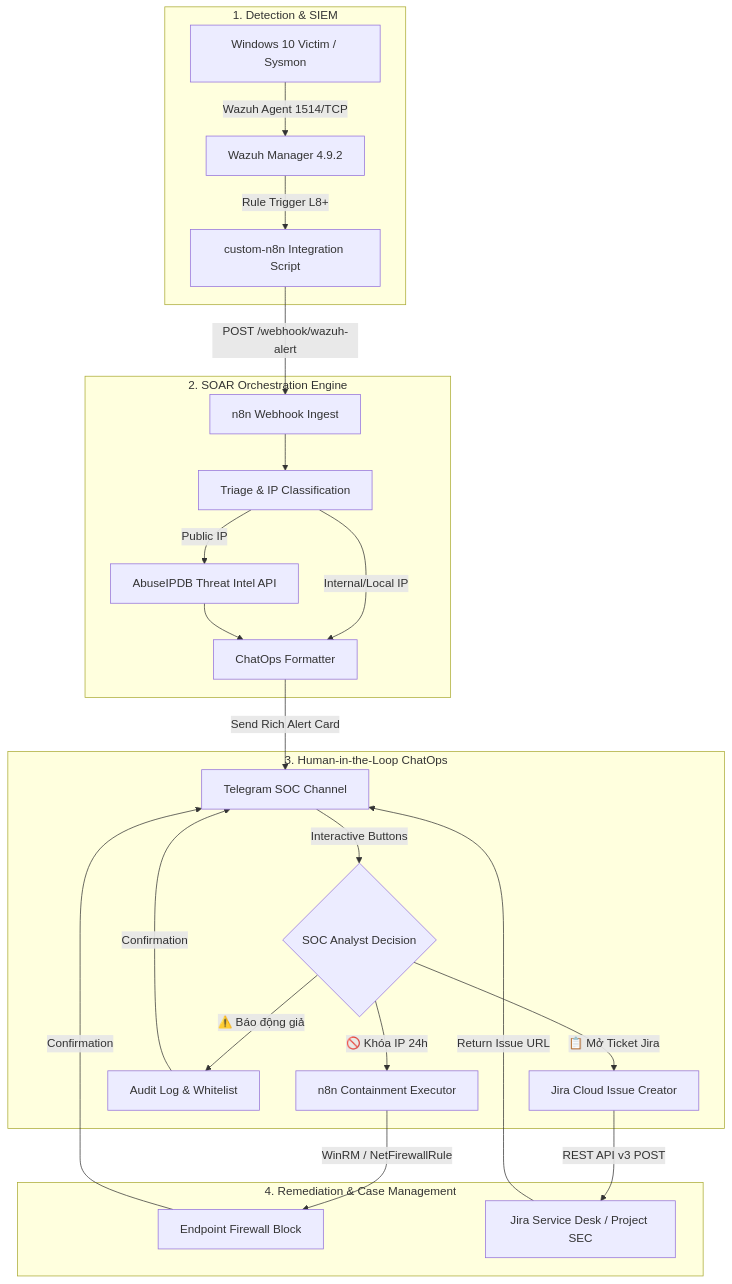
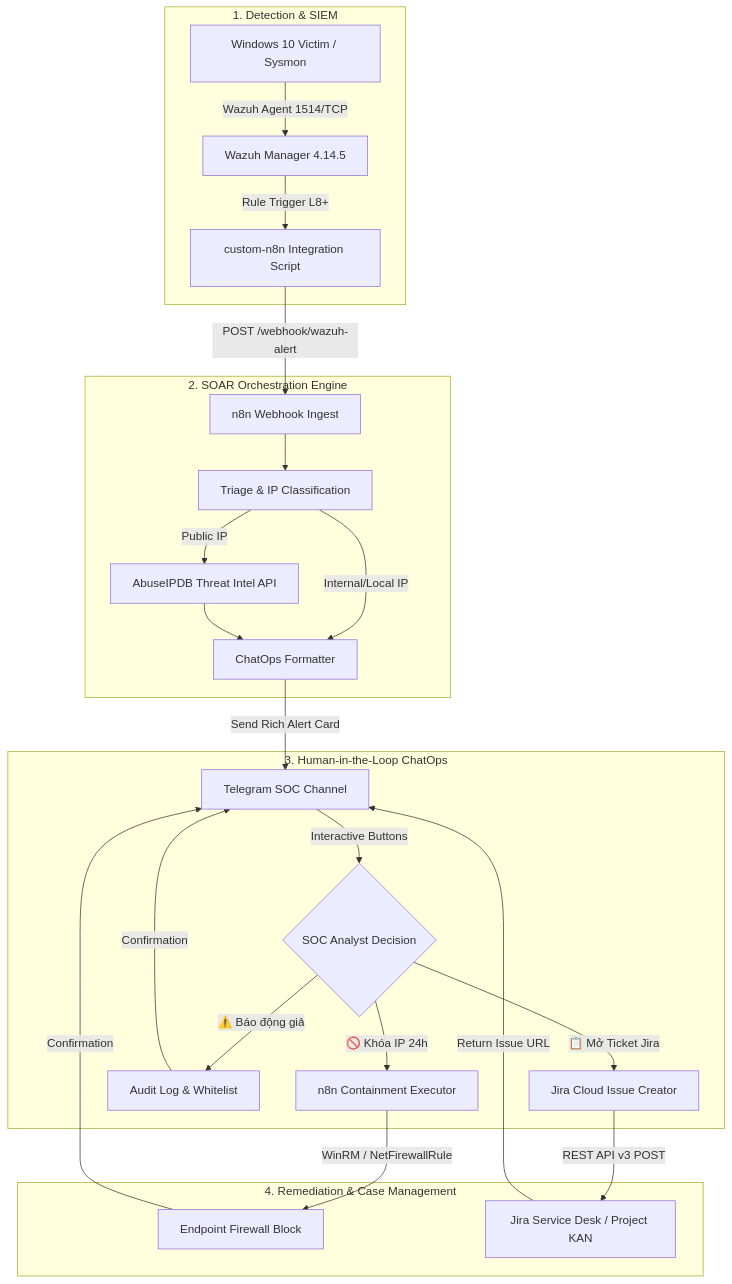
One commit to tofan0810/Wazuh-SOC-lab changed the diagram in integrations/n8n/README.md. Above: the diagram before and after it, drawn with Mermaid. The commit also changed other lines of this file and 25 other files, not shown here.

````diff
--- a/integrations/n8n/README.md
+++ b/integrations/n8n/README.md
@@ -9,31 +9,31 @@
 ```mermaid
 flowchart TD
     subgraph Detection["1. Detection & SIEM"]
-        A[Windows 10 Victim / Sysmon] -->|Wazuh Agent 1514/TCP| B[Wazuh Manager 4.9.2]
+        A[Windows 10 Victim / Sysmon] -->|Wazuh Agent 1514/TCP| B[Wazuh Manager 4.14.5]
         B -->|Rule Trigger L8+| C[custom-n8n Integration Script]
     end
 
     subgraph SOAR["2. SOAR Orchestration Engine"]
         C -->|POST /webhook/wazuh-alert| D[n8n Webhook Ingest]
         D --> E[Triage & IP Classification]
         E -->|Public IP| F[AbuseIPDB Threat Intel API]
         E -->|Internal/Local IP| G[ChatOps Formatter]
         F --> G
     end
 
     subgraph ChatOps["3. Human-in-the-Loop ChatOps"]
         G -->|Send Rich Alert Card| H[Telegram SOC Channel]
         H -->|Interactive Buttons| I{SOC Analyst Decision}
         I -->|🚫 Khóa IP 24h| J[n8n Containment Executor]
         I -->|⚠️ Báo động giả| K[Audit Log & Whitelist]
         I -->|📋 Mở Ticket Jira| L[Jira Cloud Issue Creator]
     end
 
     subgraph Action["4. Remediation & Case Management"]
         J -->|WinRM / NetFirewallRule| M[Endpoint Firewall Block]
-        L -->|REST API v3 POST| N[Jira Service Desk / Project SEC]
+        L -->|REST API v3 POST| N[Jira Service Desk / Project KAN]
         M -->|Confirmation| H
         K -->|Confirmation| H
         N -->|Return Issue URL| H
     end
 ```
````
